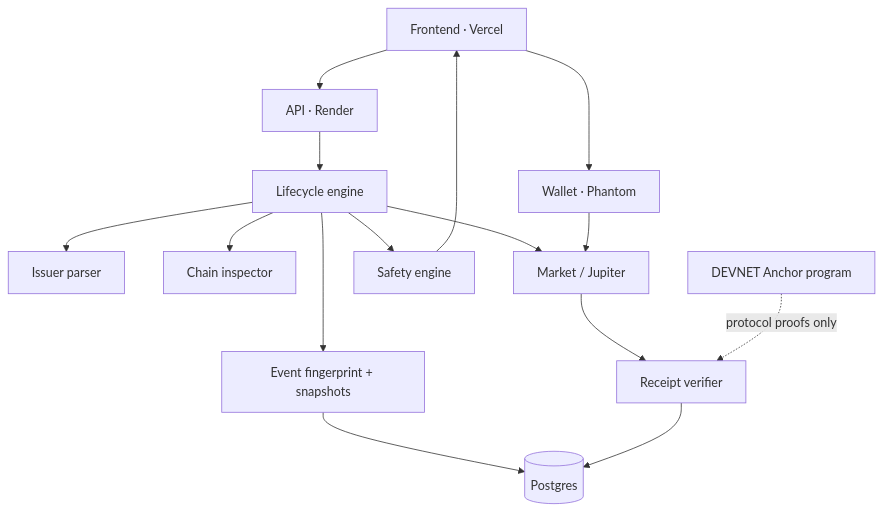
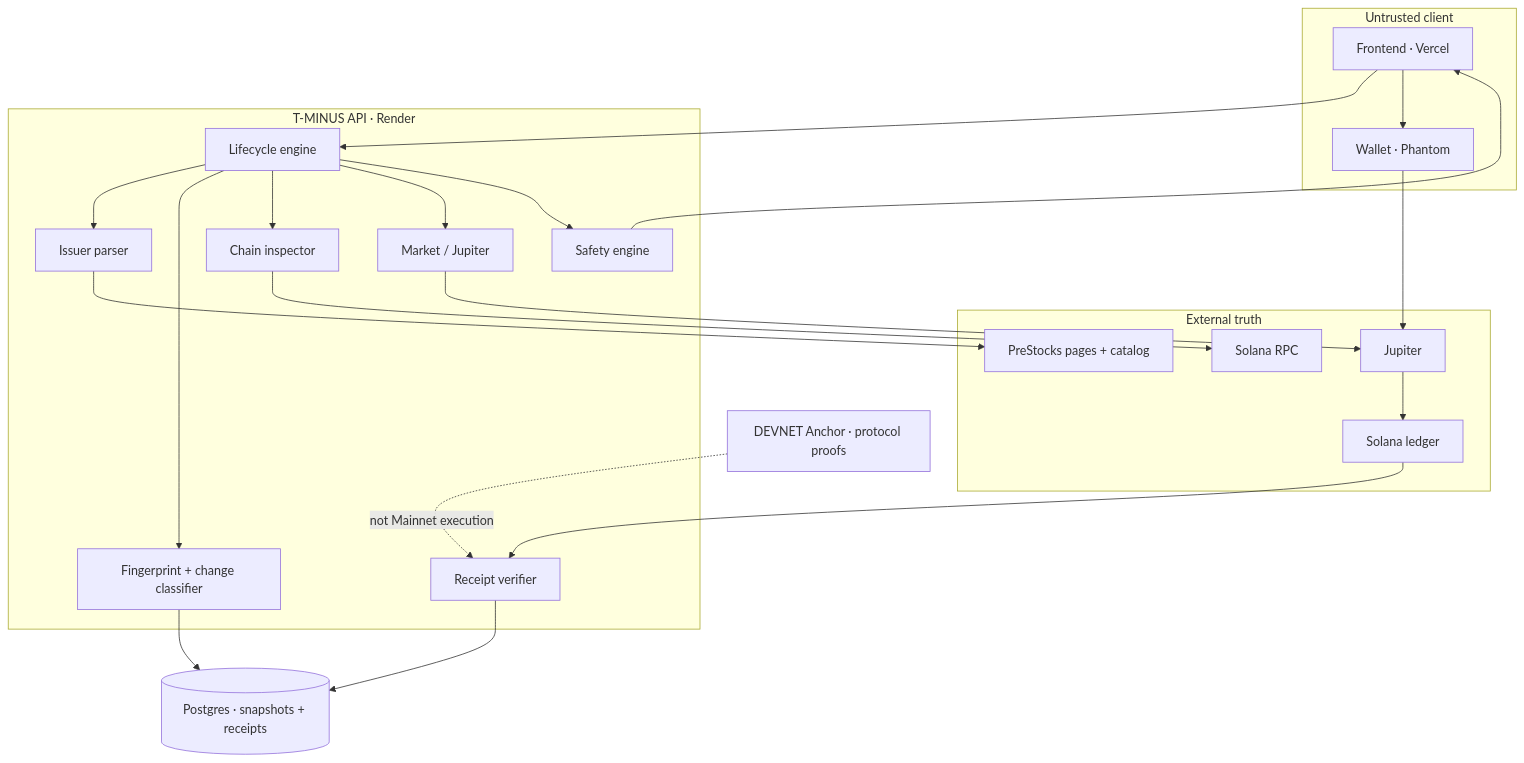
The eighth of 8 diagrams in README.md (mohamedwael201193/T-MINUS), drawn with Mermaid before and after one commit. The commit also changed other lines of this file and 5 other files, not shown here.

Commit message:
Publish the lifecycle dossier and stop CI from hanging on public Solana RPC.

````diff
--- a/README.md
+++ b/README.md
@@ -219,30 +501,38 @@
 ```mermaid
 flowchart TB
-  UI[Frontend · Vercel]
-  API[API · Render]
-  LE[Lifecycle engine]
-  IP[Issuer parser]
-  CI[Chain inspector]
-  MJ[Market / Jupiter]
-  SG[Safety engine]
-  EV[Event fingerprint + snapshots]
-  WV[Wallet · Phantom]
-  RV[Receipt verifier]
-  PG[(Postgres)]
-  DV[DEVNET Anchor program]
+  subgraph trust_ui [Untrusted client]
+    UI[Frontend · Vercel]
+    WV[Wallet · Phantom]
+  end
 
-  UI --> API
-  API --> LE
-  LE --> IP
-  LE --> CI
-  LE --> MJ
-  LE --> EV
-  EV --> PG
+  subgraph trust_api [T-MINUS API · Render]
+    LE[Lifecycle engine]
+    IP[Issuer parser]
+    FP[Fingerprint + change classifier]
+    CI[Chain inspector]
+    MJ[Market / Jupiter]
+    SG[Safety engine]
+    RV[Receipt verifier]
+  end
+
+  subgraph external [External truth]
+    ISS[PreStocks pages + catalog]
+    RPC[Solana RPC]
+    JUP[Jupiter]
+    SOL[Solana ledger]
+  end
+
+  PG[(Postgres · snapshots + receipts)]
+  DV[DEVNET Anchor · protocol proofs]
+
+  UI --> LE
+  LE --> IP --> ISS
+  LE --> FP --> PG
+  LE --> CI --> RPC
+  LE --> MJ --> JUP
   LE --> SG
   SG --> UI
-  UI --> WV
-  WV --> MJ
-  MJ --> RV
-  RV --> PG
-  DV -.->|protocol proofs only| RV
+  UI --> WV --> JUP --> SOL
+  SOL --> RV --> PG
+  DV -.->|not Mainnet execution| RV
 ```
````
